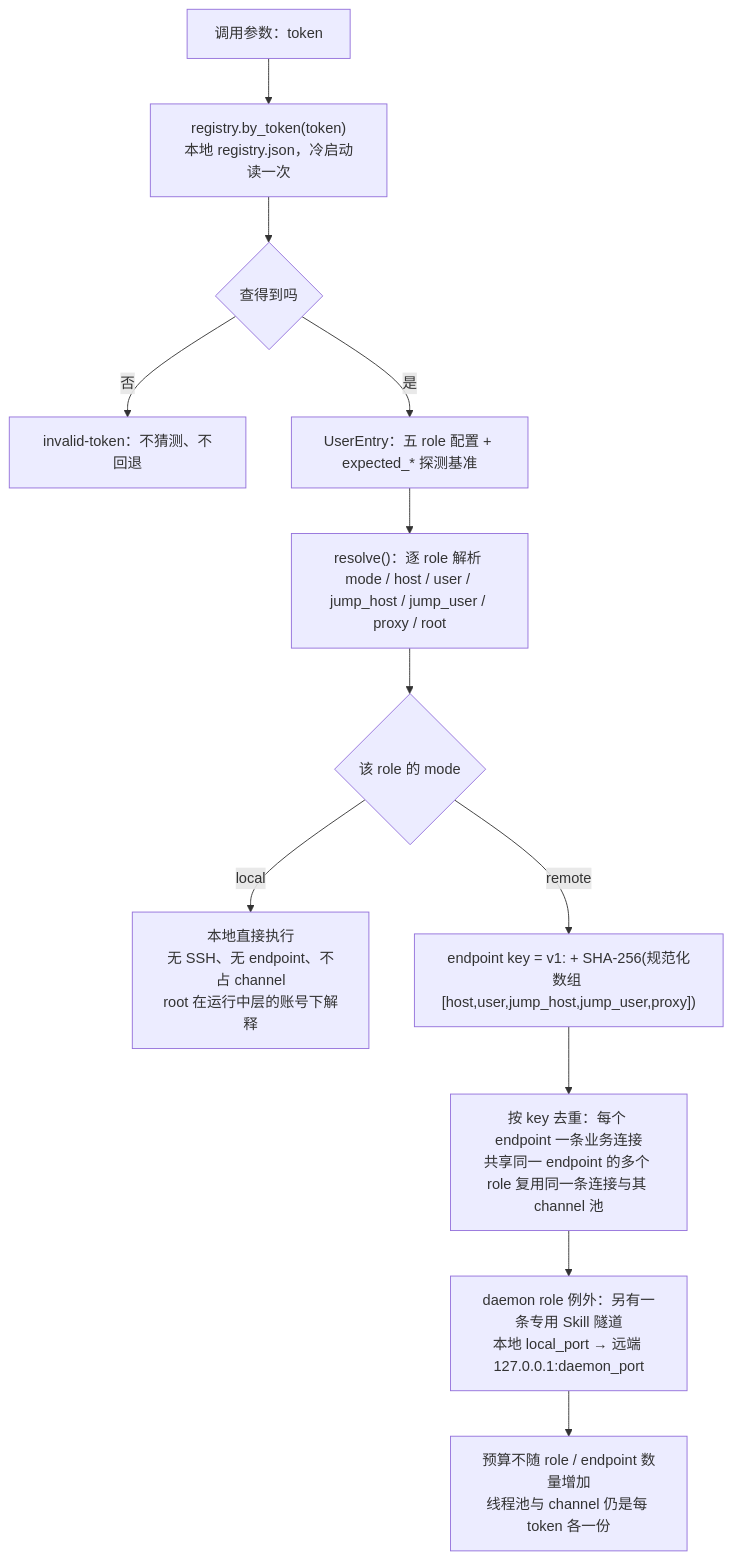
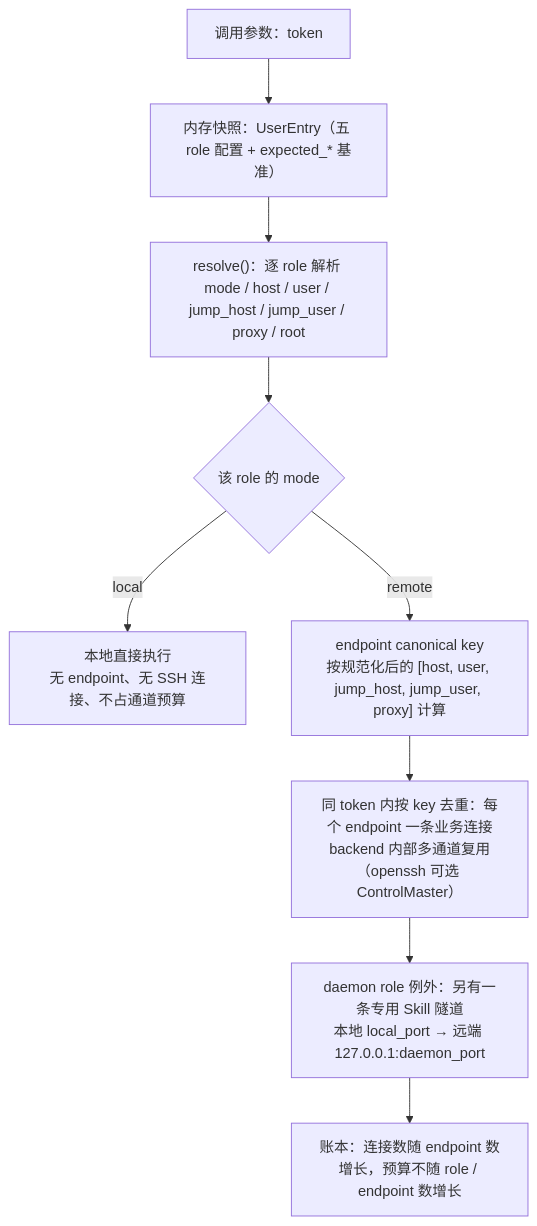
One commit to GentLau/virtuoso-bridge-NCS changed the eighth of 11 diagrams in doc/report/架构总览图.md. Above: the diagram before and after it, drawn with Mermaid. The commit also changed other lines of this file and 30 other files, not shown here.

````diff
--- a/doc/report/架构总览图.md
+++ b/doc/report/架构总览图.md
@@ -148,14 +348,11 @@
 ```mermaid
 flowchart TB
-    A["调用参数：token"] --> B["registry.by_token(token)<br/>本地 registry.json，冷启动读一次"]
-    B --> C{"查得到吗"}
-    C -- 否 --> C1["invalid-token：不猜测、不回退"]
-    C -- 是 --> D["UserEntry：五 role 配置 + expected_* 探测基准"]
-    D --> E["resolve()：逐 role 解析 mode / host / user / jump_host / jump_user / proxy / root"]
-    E --> F{"该 role 的 mode"}
-    F -- "local" --> G["本地直接执行<br/>无 SSH、无 endpoint、不占 channel<br/>root 在运行中层的账号下解释"]
-    F -- "remote" --> H["endpoint key = v1: + SHA-256(规范化数组 [host,user,jump_host,jump_user,proxy])"]
-    H --> I["按 key 去重：每个 endpoint 一条业务连接<br/>共享同一 endpoint 的多个 role 复用同一条连接与其 channel 池"]
-    I --> J["daemon role 例外：另有一条专用 Skill 隧道<br/>本地 local_port → 远端 127.0.0.1:daemon_port"]
-    J --> K["预算不随 role / endpoint 数量增加<br/>线程池与 channel 仍是每 token 各一份"]
+    A["调用参数：token"] --> B["内存快照：UserEntry（五 role 配置 + expected_* 基准）"]
+    B --> C["resolve()：逐 role 解析 mode / host / user / jump_host / jump_user / proxy / root"]
+    C --> D{"该 role 的 mode"}
+    D -- "local" --> E["本地直接执行<br/>无 endpoint、无 SSH 连接、不占通道预算"]
+    D -- "remote" --> F["endpoint canonical key<br/>按规范化后的 [host, user, jump_host, jump_user, proxy] 计算"]
+    F --> G["同 token 内按 key 去重：每个 endpoint 一条业务连接<br/>backend 内部多通道复用（openssh 可选 ControlMaster）"]
+    G --> H["daemon role 例外：另有一条专用 Skill 隧道<br/>本地 local_port → 远端 127.0.0.1:daemon_port"]
+    H --> I["账本：连接数随 endpoint 数增长，预算不随 role / endpoint 数增长"]
 ```
````
